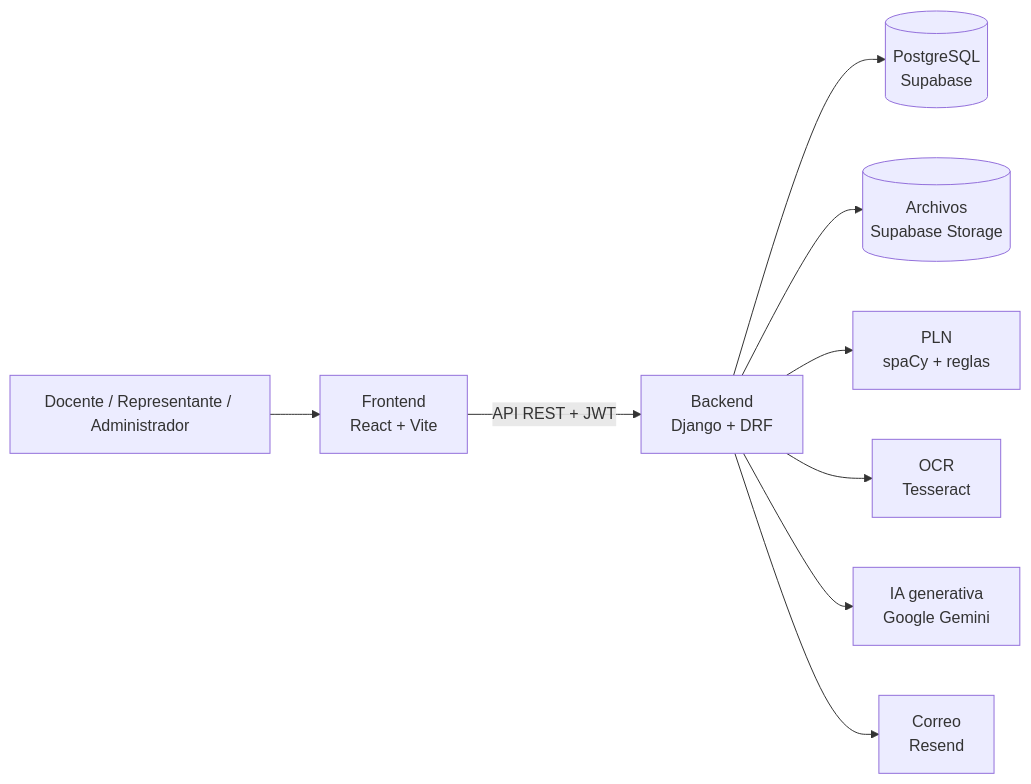
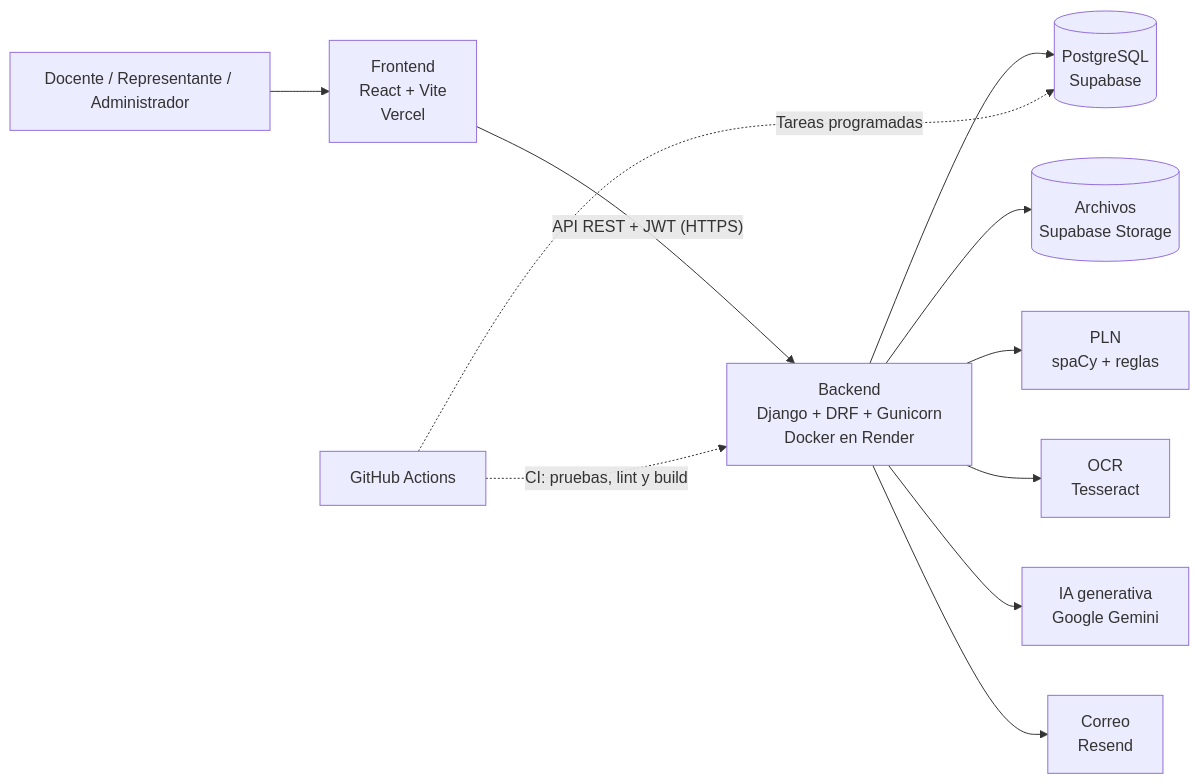
Before and after one commit to MelanieGarciaO/EDUGEST: the diagram in README.md, drawn with Mermaid. The commit also changed other lines of this file and 1 other file, not shown here.

Commit message:
docs: Update README files to include deployment details for Vercel and Docker

````diff
--- a/README.md
+++ b/README.md
@@ -72,11 +79,13 @@
 ```mermaid
 flowchart LR
-    U[Docente / Representante / Administrador] --> F[Frontend<br/>React + Vite]
-    F -- "API REST + JWT" --> B[Backend<br/>Django + DRF]
+    U[Docente / Representante / Administrador] --> F[Frontend<br/>React + Vite<br/>Vercel]
+    F -- "API REST + JWT (HTTPS)" --> B[Backend<br/>Django + DRF + Gunicorn<br/>Docker en Render]
     B --> DB[(PostgreSQL<br/>Supabase)]
     B --> S3[(Archivos<br/>Supabase Storage)]
     B --> PLN[PLN<br/>spaCy + reglas]
     B --> OCR[OCR<br/>Tesseract]
     B --> IA[IA generativa<br/>Google Gemini]
     B --> M[Correo<br/>Resend]
+    GH[GitHub Actions] -. "CI: pruebas, lint y build" .-> B
+    GH -. "Tareas programadas" .-> DB
 ```
````
